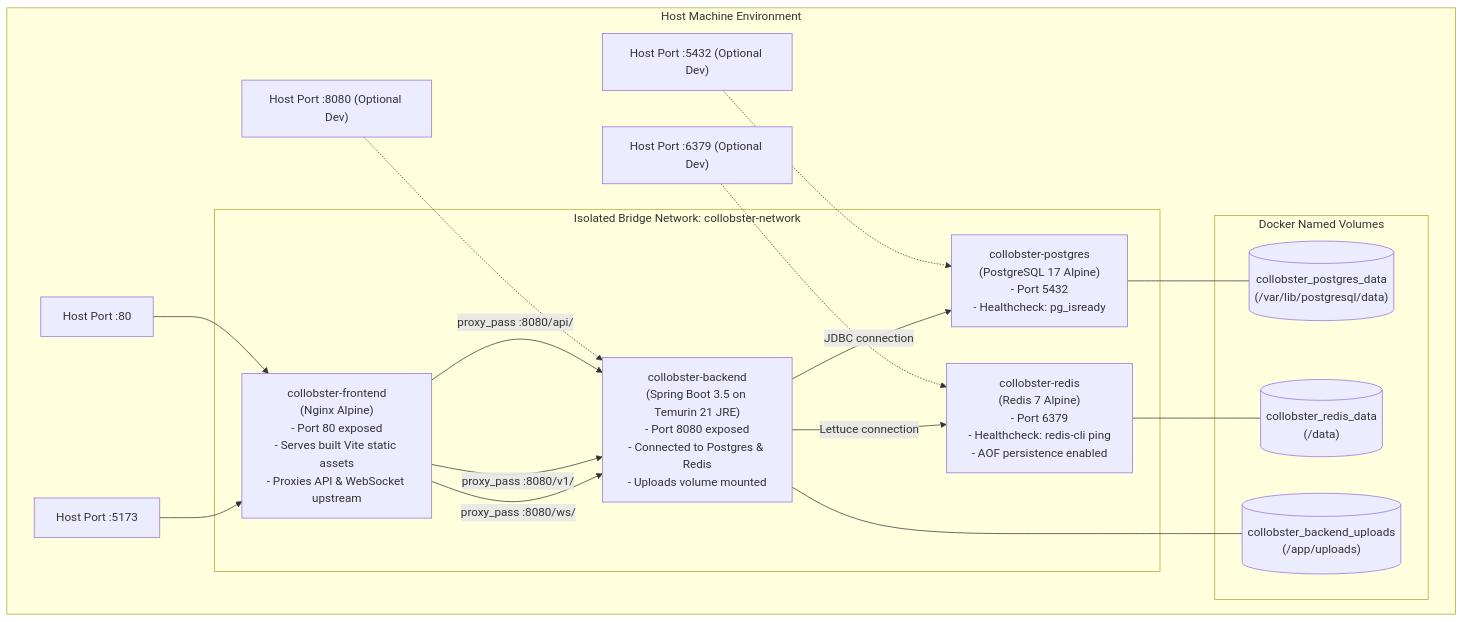
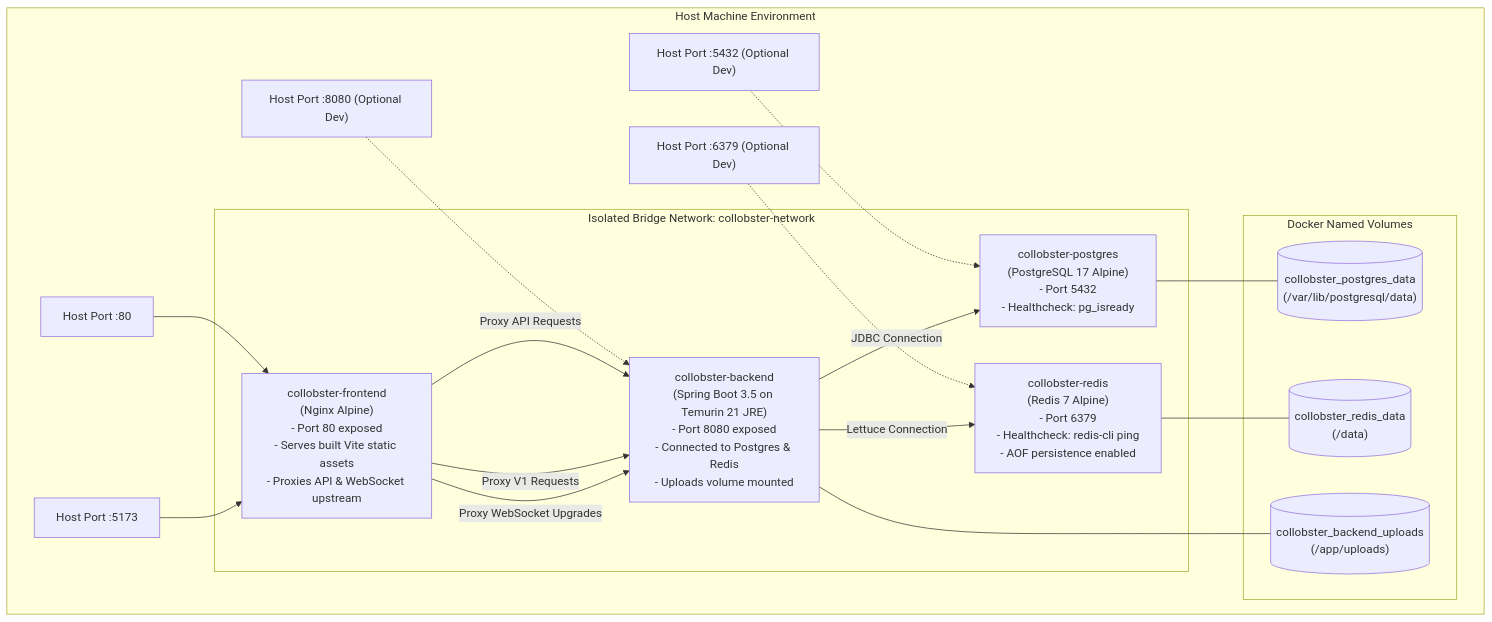
One commit to saiprakash-nexarats/collabster changed the eighth of 8 diagrams in README.md. Above: the diagram before and after it, drawn with Mermaid. The commit also changed other lines of this file, not shown here.

Commit message:
fix(docs): resolve Mermaid syntax parse errors by sanitizing edge and node labels

````diff
--- a/README.md
+++ b/README.md
@@ -689,43 +689,43 @@
 ```mermaid
 flowchart TD
     subgraph Host["Host Machine Environment"]
         HostPort80["Host Port :80"]
         HostPort5173["Host Port :5173"]
         HostPort5432["Host Port :5432 (Optional Dev)"]
         HostPort6379["Host Port :6379 (Optional Dev)"]
         HostPort8080["Host Port :8080 (Optional Dev)"]
 
         subgraph DockerNetwork["Isolated Bridge Network: collobster-network"]
             NginxContainer["collobster-frontend\n(Nginx Alpine)\n- Port 80 exposed\n- Serves built Vite static assets\n- Proxies API & WebSocket upstream"]
             
             BackendContainer["collobster-backend\n(Spring Boot 3.5 on Temurin 21 JRE)\n- Port 8080 exposed\n- Connected to Postgres & Redis\n- Uploads volume mounted"]
             
             PostgresContainer["collobster-postgres\n(PostgreSQL 17 Alpine)\n- Port 5432\n- Healthcheck: pg_isready"]
             
             RedisContainer["collobster-redis\n(Redis 7 Alpine)\n- Port 6379\n- Healthcheck: redis-cli ping\n- AOF persistence enabled"]
         end
 
         subgraph NamedVolumes["Docker Named Volumes"]
             VolPG[("collobster_postgres_data\n(/var/lib/postgresql/data)")]
             VolRD[("collobster_redis_data\n(/data)")]
             VolUploads[("collobster_backend_uploads\n(/app/uploads)")]
         end
     end
 
     HostPort80 --> NginxContainer
     HostPort5173 --> NginxContainer
     HostPort8080 -.-> BackendContainer
     HostPort5432 -.-> PostgresContainer
     HostPort6379 -.-> RedisContainer
 
-    NginxContainer -->|proxy_pass :8080/api/| BackendContainer
-    NginxContainer -->|proxy_pass :8080/v1/| BackendContainer
-    NginxContainer -->|proxy_pass :8080/ws/| BackendContainer
+    NginxContainer -->|"Proxy API Requests"| BackendContainer
+    NginxContainer -->|"Proxy V1 Requests"| BackendContainer
+    NginxContainer -->|"Proxy WebSocket Upgrades"| BackendContainer
 
-    BackendContainer -->|JDBC connection| PostgresContainer
-    BackendContainer -->|Lettuce connection| RedisContainer
+    BackendContainer -->|"JDBC Connection"| PostgresContainer
+    BackendContainer -->|"Lettuce Connection"| RedisContainer
 
     PostgresContainer --- VolPG
     RedisContainer --- VolRD
     BackendContainer --- VolUploads
 ```
````
